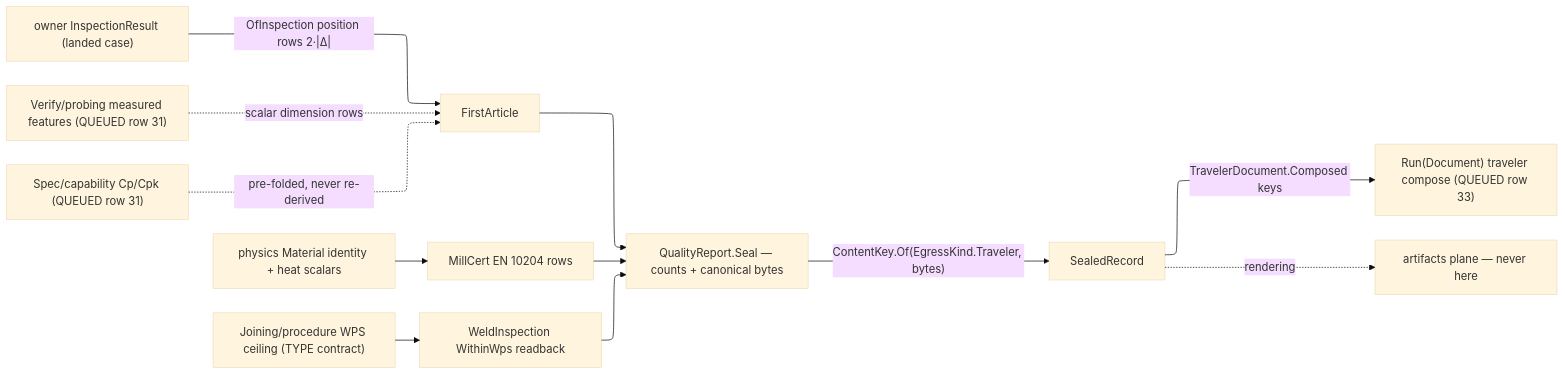
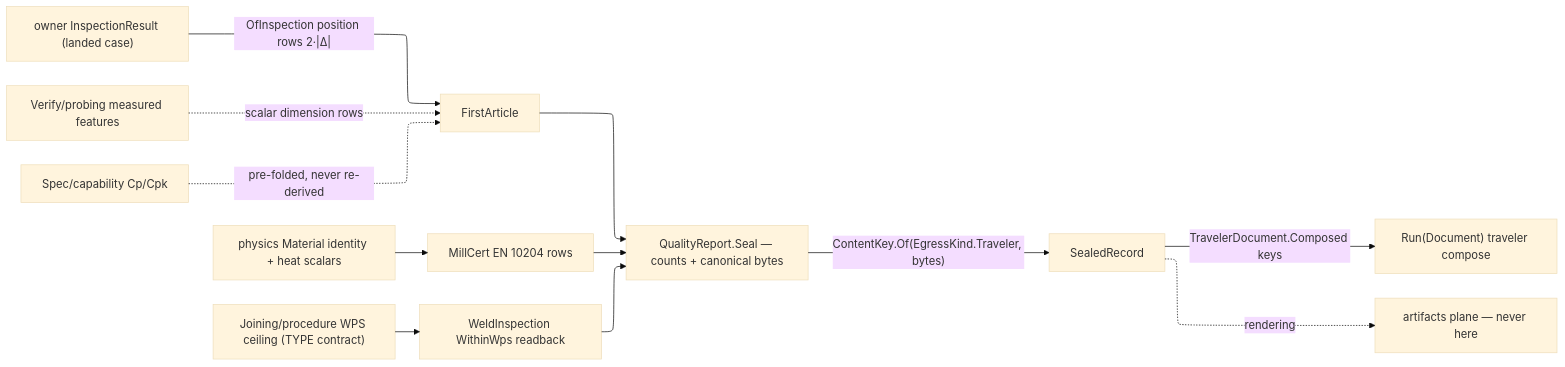
Before and after one commit to bsamiee/Rasm: the diagram in libs/csharp/Rasm.Fabrication/.planning/Documentation/report.md, drawn with Mermaid. The commit also changed other lines of this file and 181 other files, not shown here.

````diff
--- a/libs/csharp/Rasm.Fabrication/.planning/Documentation/report.md
+++ b/libs/csharp/Rasm.Fabrication/.planning/Documentation/report.md
@@ -171,19 +182,19 @@
 ```mermaid
 ---
 config:
   layout: elk
   theme: base
 ---
 flowchart LR
     Inspection["owner InspectionResult (landed case)"] -->|"OfInspection position rows 2·|Δ|"| FAI["FirstArticle"]
-    Probing["Verify/probing measured features (QUEUED row 31)"] -.->|scalar dimension rows| FAI
-    Capability["Spec/capability Cp/Cpk (QUEUED row 31)"] -.->|pre-folded, never re-derived| FAI
+    Probing["Verify/probing measured features"] -.->|scalar dimension rows| FAI
+    Capability["Spec/capability Cp/Cpk"] -.->|pre-folded, never re-derived| FAI
     Physics["physics Material identity + heat scalars"] --> Cert["MillCert EN 10204 rows"]
     Procedure["Joining/procedure WPS ceiling (TYPE contract)"] --> Weld["WeldInspection WithinWps readback"]
     FAI --> Seal["QualityReport.Seal — counts + canonical bytes"]
     Cert --> Seal
     Weld --> Seal
     Seal -->|"ContentKey.Of(EgressKind.Traveler, bytes)"| Keyed["SealedRecord"]
-    Keyed -->|"TravelerDocument.Composed keys"| Traveler["Run(Document) traveler compose (QUEUED row 33)"]
+    Keyed -->|"TravelerDocument.Composed keys"| Traveler["Run(Document) traveler compose"]
     Keyed -.->|rendering| Artifacts["artifacts plane — never here"]
 ```
````
